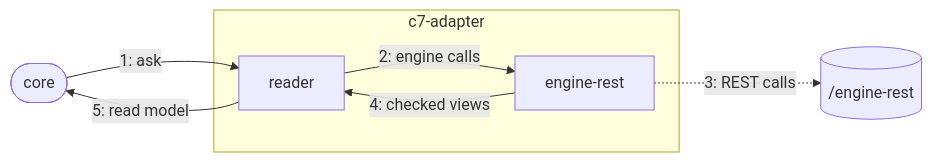
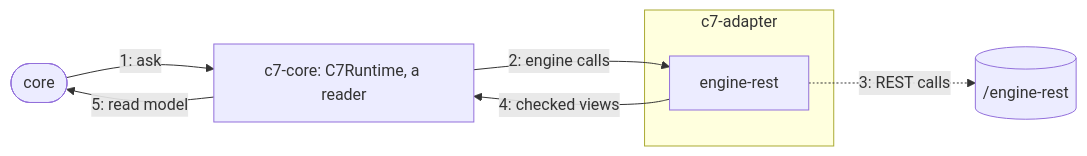
One commit to Miragon/pulse changed the diagram in packages/connectors/c7/c7-adapter/src/README.md. Above: the diagram before and after it, drawn with Mermaid. The commit also changed other lines of this file and 39 other files, not shown here.

````diff
--- a/packages/connectors/c7/c7-adapter/src/README.md
+++ b/packages/connectors/c7/c7-adapter/src/README.md
@@ -21,13 +21,13 @@
 ```mermaid
 flowchart LR
   core(["core"])
+  reader["c7-core: C7Runtime, a reader"]
   subgraph adapter ["c7-adapter"]
-    reader["reader"]
     rest["engine-rest"]
   end
   core -- "1: ask" --> reader
   reader -- "2: engine calls" --> rest
   rest -. "3: REST calls" .-> engine[("/engine-rest")]
   rest -- "4: checked views" --> reader
   reader -- "5: read model" --> core
 ```
````
